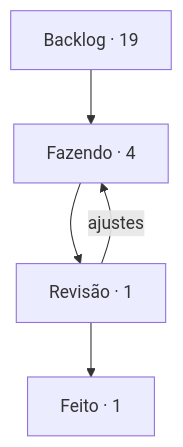
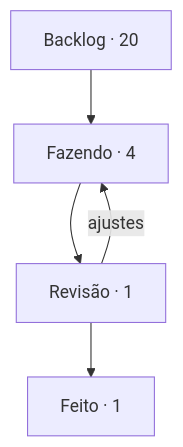
Before and after one commit to StudioVibi/VibiKanban: the diagram in boards/dungeon-bend/BOARD.md, drawn with Mermaid. The commit also changed other lines of this file and 3 other files, not shown here.

````diff
--- a/boards/dungeon-bend/BOARD.md
+++ b/boards/dungeon-bend/BOARD.md
@@ -5,10 +5,10 @@
 ```mermaid
 flowchart TD
-  backlog["Backlog · 19"] --> doing["Fazendo · 4"]
+  backlog["Backlog · 20"] --> doing["Fazendo · 4"]
   doing --> review["Revisão · 1"]
   review --> done["Feito · 1"]
   review -->|ajustes| doing
   doing:::blue
   review:::yellow
   done:::green
 ```
````
